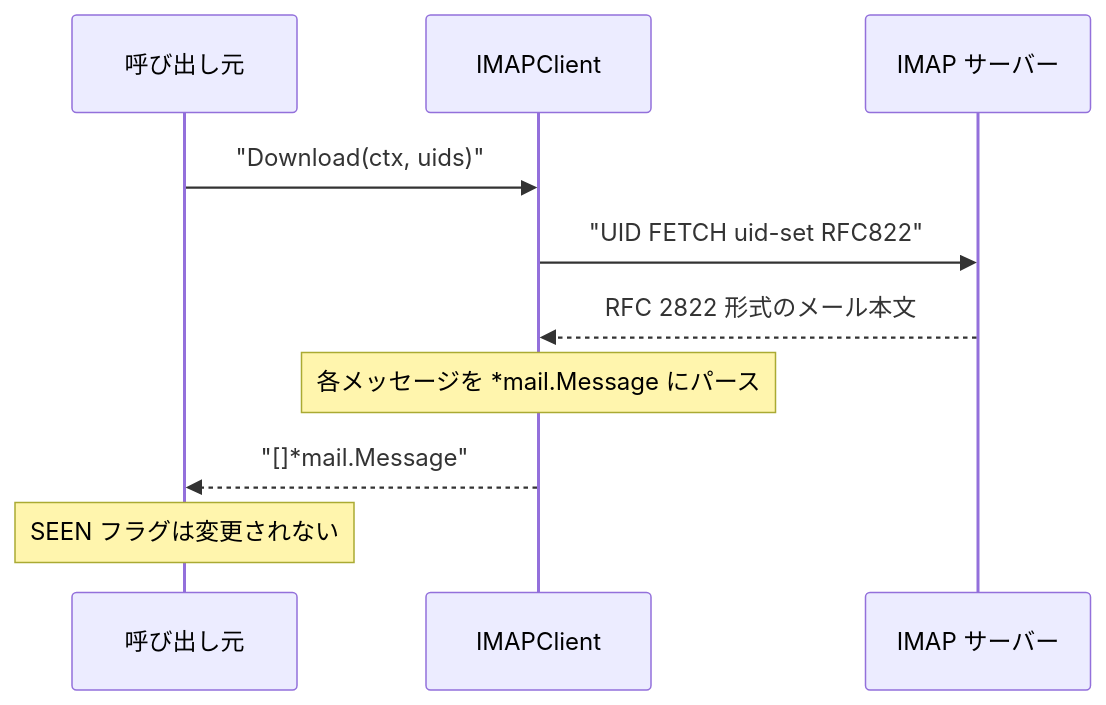
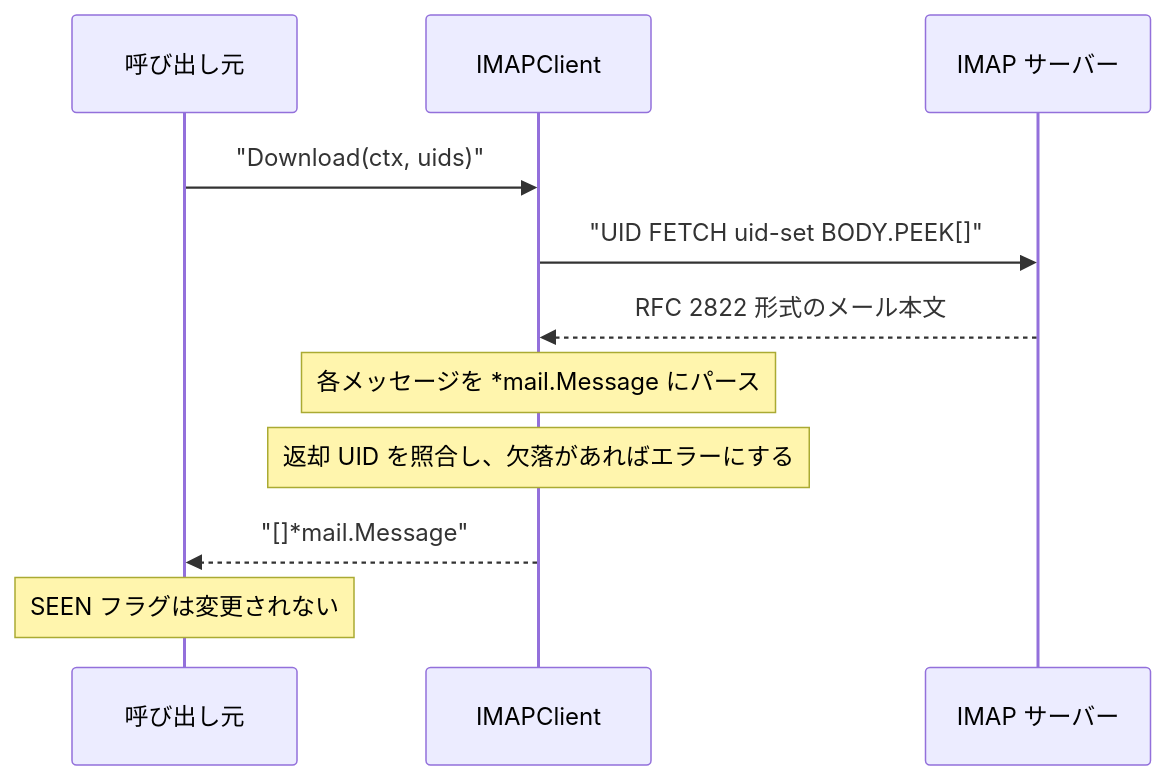
One commit to isseis/tlsrpt-digest changed the sixth of 7 diagrams in docs/tasks/0010_imap/02_architecture.md. Above: the diagram before and after it, drawn with Mermaid. The commit also changed other lines of this file, not shown here.

First line of the commit message:
docs(0010): refine architecture — BODY.PEEK[], UID missing error, test cases

````diff
--- a/docs/tasks/0010_imap/02_architecture.md
+++ b/docs/tasks/0010_imap/02_architecture.md
@@ -143,15 +143,16 @@
 ```mermaid
 sequenceDiagram
     participant caller as 呼び出し元
     participant c as IMAPClient
     participant srv as IMAP サーバー
 
     caller->>c: "Download(ctx, uids)"
-    c->>srv: "UID FETCH uid-set RFC822"
+    c->>srv: "UID FETCH uid-set BODY.PEEK[]"
     srv-->>c: RFC 2822 形式のメール本文
 
     Note over c: 各メッセージを *mail.Message にパース
+    Note over c: 返却 UID を照合し、欠落があればエラーにする
 
     c-->>caller: "[]*mail.Message"
     Note over caller: SEEN フラグは変更されない
 ```
````
